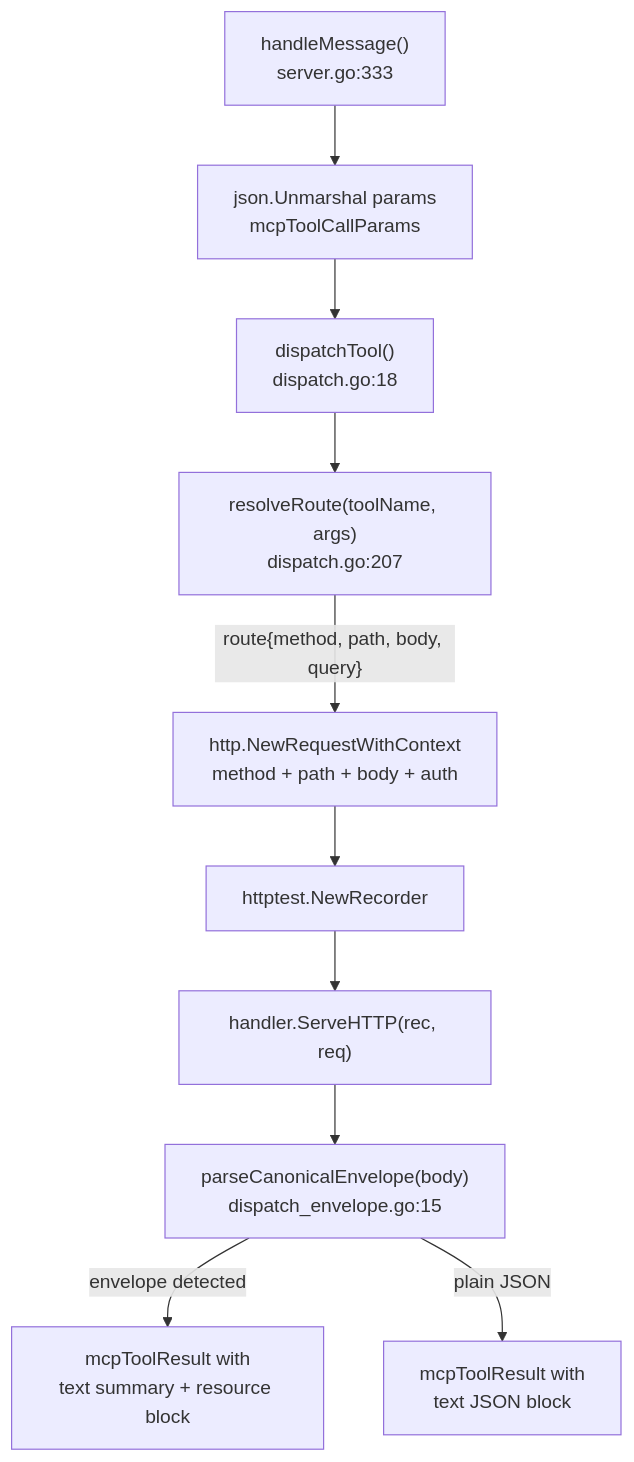
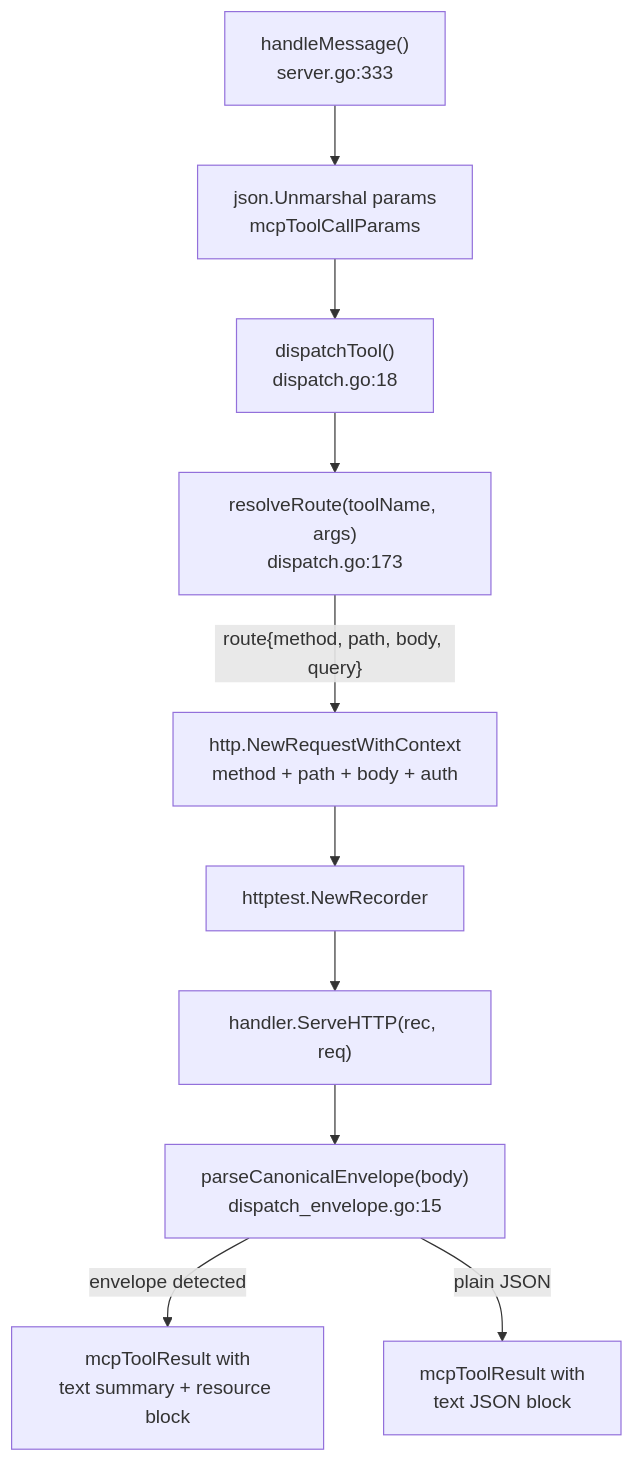
The second of 2 diagrams in go/internal/mcp/README.md (eshu-hq/eshu), drawn with Mermaid before and after one commit. The commit also changed other lines of this file and 27 other files, not shown here.

````diff
--- a/go/internal/mcp/README.md
+++ b/go/internal/mcp/README.md
@@ -36,23 +36,23 @@
 ```mermaid
 flowchart TB
     hm["handleMessage()\nserver.go:333"]
     parse["json.Unmarshal params\nmcpToolCallParams"]
     dt["dispatchTool()\ndispatch.go:18"]
-    rr["resolveRoute(toolName, args)\ndispatch.go:207"]
+    rr["resolveRoute(toolName, args)\ndispatch.go:173"]
     req["http.NewRequestWithContext\nmethod + path + body + auth"]
     rec["httptest.NewRecorder"]
     serve["handler.ServeHTTP(rec, req)"]
     pce["parseCanonicalEnvelope(body)\ndispatch_envelope.go:15"]
     envelope["mcpToolResult with\ntext summary + resource block"]
     plain["mcpToolResult with\ntext JSON block"]
 
     hm --> parse
     parse --> dt
     dt --> rr
     rr -->|"route{method, path, body, query}"| req
     req --> rec
     rec --> serve
     serve --> pce
     pce -->|"envelope detected"| envelope
     pce -->|"plain JSON"| plain
 ```
````
